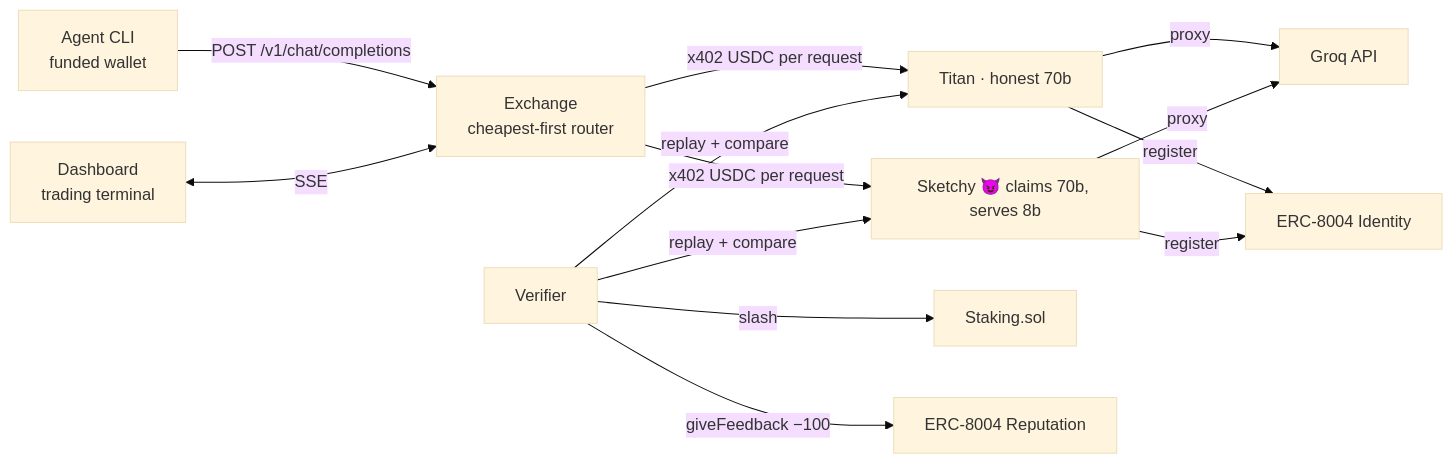
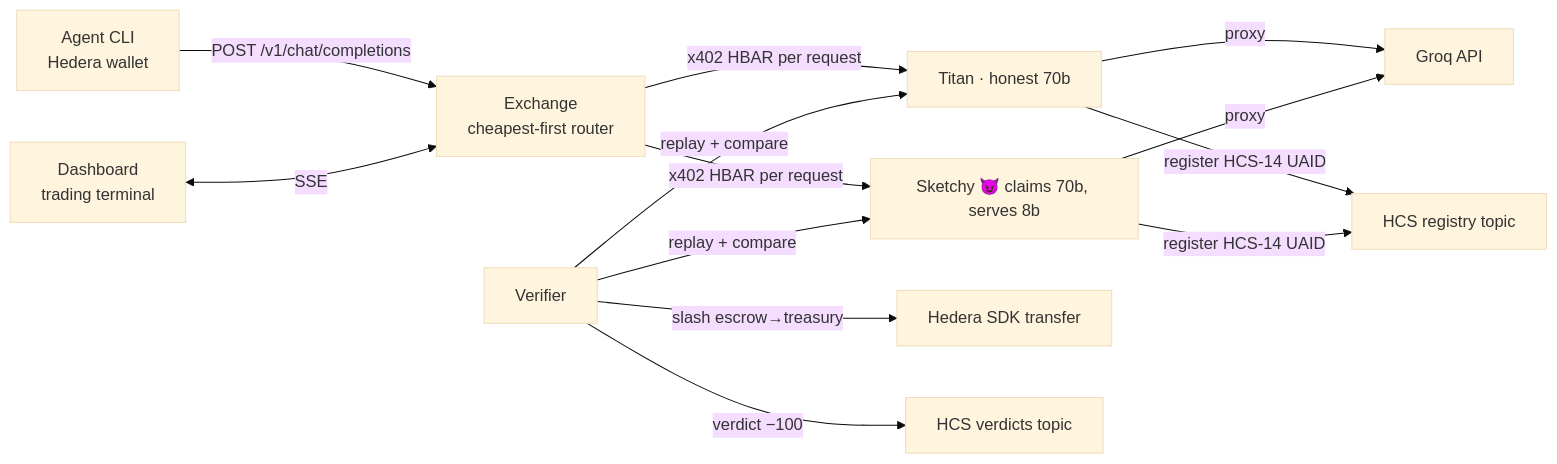
One commit to GigaHierz/ETH-global-lisbon-2026 changed the diagram in DEVREL_BRIEF.md. Above: the diagram before and after it, drawn with Mermaid (base theme). The commit also changed other lines of this file and 14 other files, not shown here.

First line of the commit message:
chore: migrate off Base — full Hedera + HCS-14 identity

````diff
--- a/DEVREL_BRIEF.md
+++ b/DEVREL_BRIEF.md
@@ -38,12 +38,12 @@
 ```mermaid
 flowchart LR
-    A[Agent CLI<br/>funded wallet] -->|POST /v1/chat/completions| E[Exchange<br/>cheapest-first router]
-    E -->|x402 USDC per request| P1[Titan · honest 70b]
-    E -->|x402 USDC per request| P3[Sketchy 😈 claims 70b, serves 8b]
+    A[Agent CLI<br/>Hedera wallet] -->|POST /v1/chat/completions| E[Exchange<br/>cheapest-first router]
+    E -->|x402 HBAR per request| P1[Titan · honest 70b]
+    E -->|x402 HBAR per request| P3[Sketchy 😈 claims 70b, serves 8b]
     P1 & P3 -->|proxy| G[Groq API]
-    P1 & P3 -->|register| IR[ERC-8004 Identity]
+    P1 & P3 -->|register HCS-14 UAID| IR[HCS registry topic]
     V[Verifier] -->|replay + compare| P1 & P3
-    V -->|slash| S[Staking.sol]
-    V -->|giveFeedback −100| RR[ERC-8004 Reputation]
+    V -->|slash escrow→treasury| S[Hedera SDK transfer]
+    V -->|verdict −100| RR[HCS verdicts topic]
     D[Dashboard<br/>trading terminal] <-->|SSE| E
 ```
````
